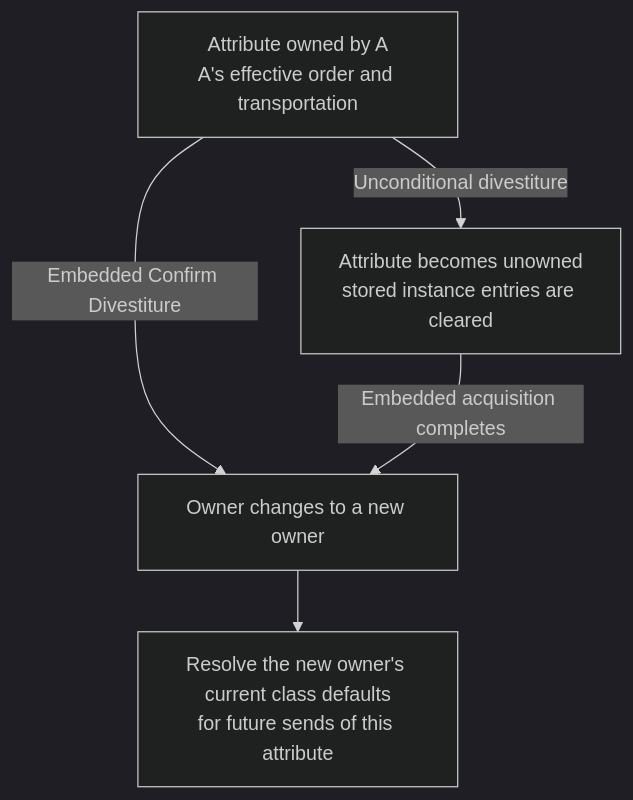
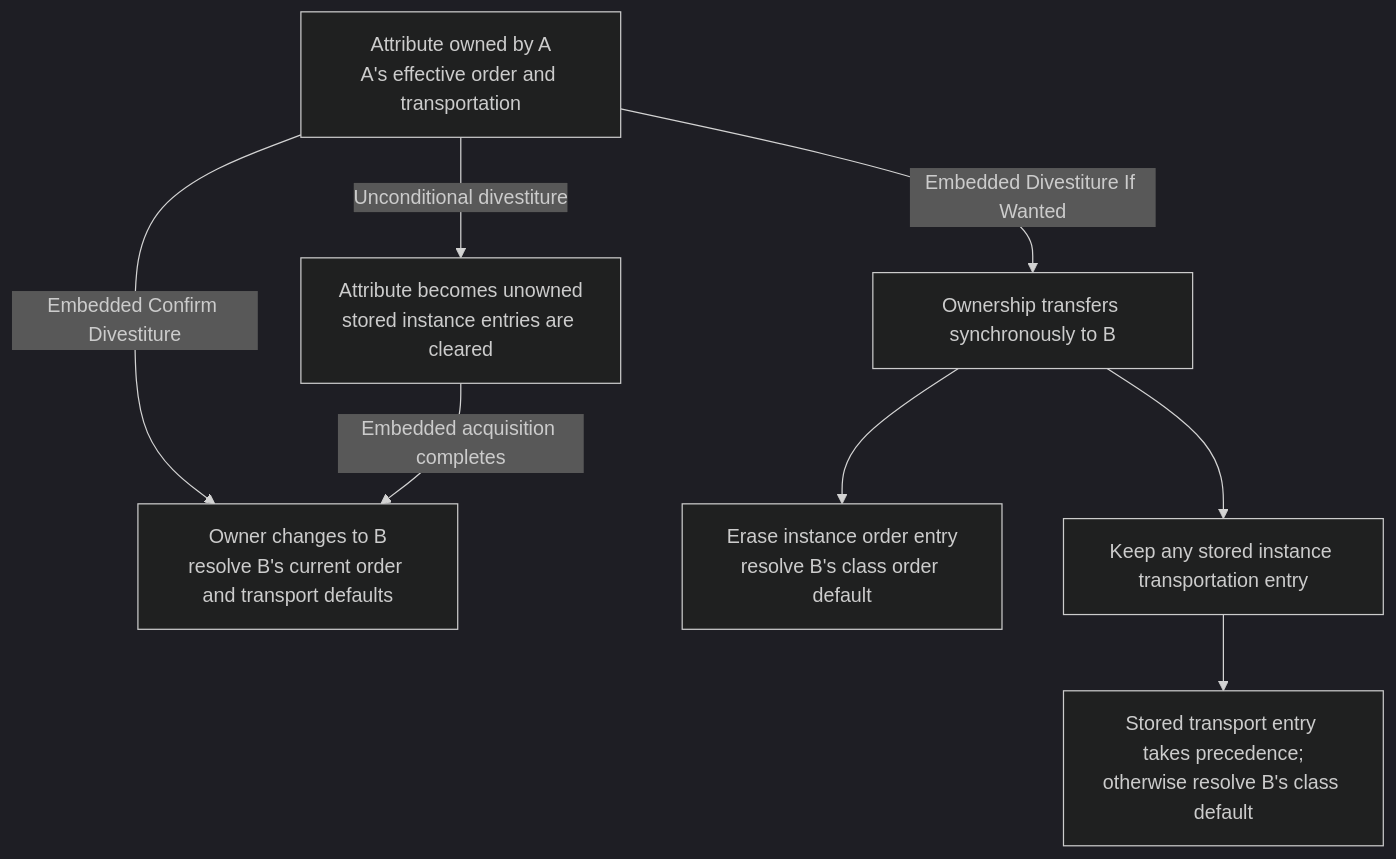
Before and after one commit to sheepfling/umbra: the fifth of 11 diagrams in docs/design/HLA-2025-ORDER-AND-TRANSPORTATION-FLOW-GUIDE.md, drawn with Mermaid (dark theme). The commit also changed other lines of this file and 39 other files, not shown here.

Commit message:
Document IEEE 1516.1-2025 behavior flows

````diff
--- a/docs/design/HLA-2025-ORDER-AND-TRANSPORTATION-FLOW-GUIDE.md
+++ b/docs/design/HLA-2025-ORDER-AND-TRANSPORTATION-FLOW-GUIDE.md
@@ -221,8 +300,11 @@
 ```mermaid
 flowchart TD
   Held["Attribute owned by A<br/>A's effective order and transportation"]
-  Held -->|Embedded Confirm Divestiture| Transfer["Owner changes to a new owner"]
-  Transfer --> Defaults["Resolve the new owner's current class defaults<br/>for future sends of this attribute"]
+  Held -->|Embedded Confirm Divestiture| Transfer["Owner changes to B<br/>resolve B's current order and transport defaults"]
+  Held -->|Embedded Divestiture If Wanted| Wanted["Ownership transfers synchronously to B"]
+  Wanted --> WantedOrder["Erase instance order entry<br/>resolve B's class order default"]
+  Wanted --> WantedTransport["Keep any stored instance transportation entry"]
+  WantedTransport --> EffectiveTransport["Stored transport entry takes precedence;<br/>otherwise resolve B's class default"]
   Held -->|Unconditional divestiture| Unowned["Attribute becomes unowned<br/>stored instance entries are cleared"]
   Unowned -->|Embedded acquisition completes| Transfer
 ```
````
